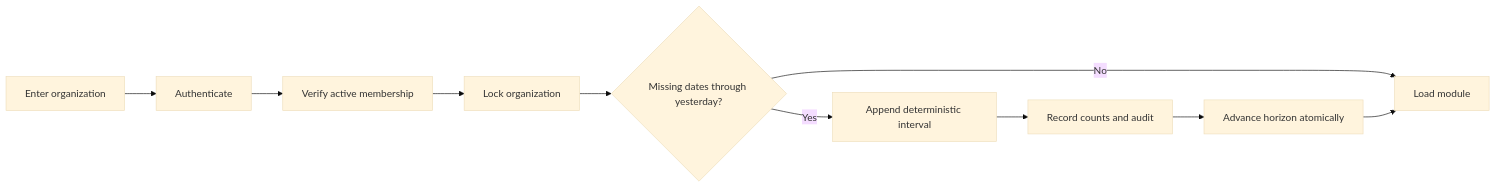
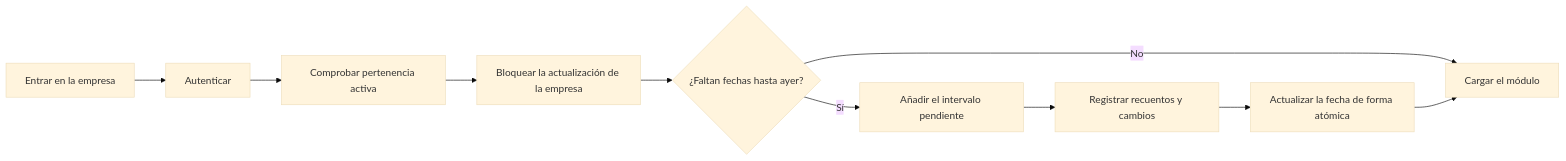
Before and after one commit to antoniojesusdelgado/management-platform-demo: diagram 13 of 13 in docs/PROCESS-MAPS.md, drawn with Mermaid (base theme). The commit also changed other lines of this file and 63 other files, not shown here.

````diff
--- a/docs/PROCESS-MAPS.md
+++ b/docs/PROCESS-MAPS.md
@@ -140,12 +140,12 @@
 ```mermaid
 flowchart LR
-  Enter["Enter organization"] --> Authenticate
-  Authenticate --> Authorize["Verify active membership"]
-  Authorize --> Lock["Lock organization"]
-  Lock --> Pending{"Missing dates through yesterday?"}
-  Pending -->|No| Load["Load module"]
-  Pending -->|Yes| Generate["Append deterministic interval"]
-  Generate --> Audit["Record counts and audit"]
-  Audit --> Advance["Advance horizon atomically"]
-  Advance --> Load
+  Entrar["Entrar en la empresa"] --> Autenticar
+  Autenticar --> Autorizar["Comprobar pertenencia activa"]
+  Autorizar --> Bloquear["Bloquear la actualización de la empresa"]
+  Bloquear --> Pendiente{"¿Faltan fechas hasta ayer?"}
+  Pendiente -->|No| Cargar["Cargar el módulo"]
+  Pendiente -->|Sí| Generar["Añadir el intervalo pendiente"]
+  Generar --> Auditar["Registrar recuentos y cambios"]
+  Auditar --> Avanzar["Actualizar la fecha de forma atómica"]
+  Avanzar --> Cargar
 ```
````
